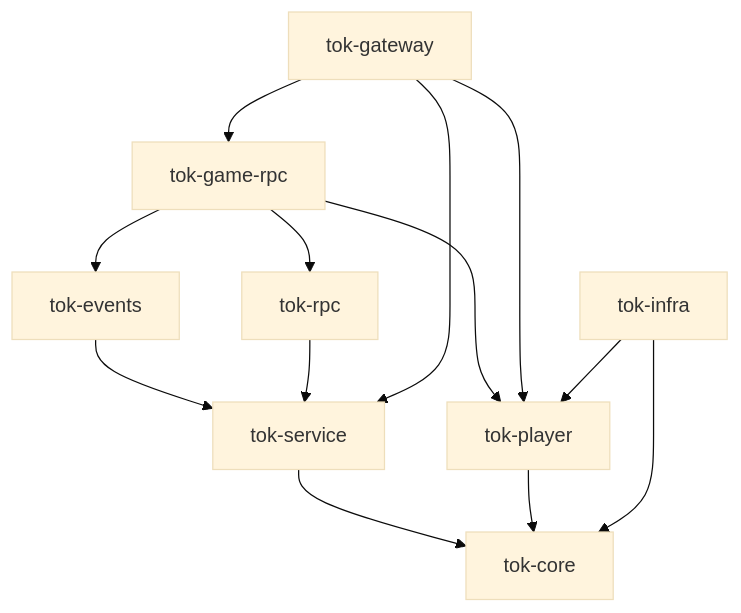
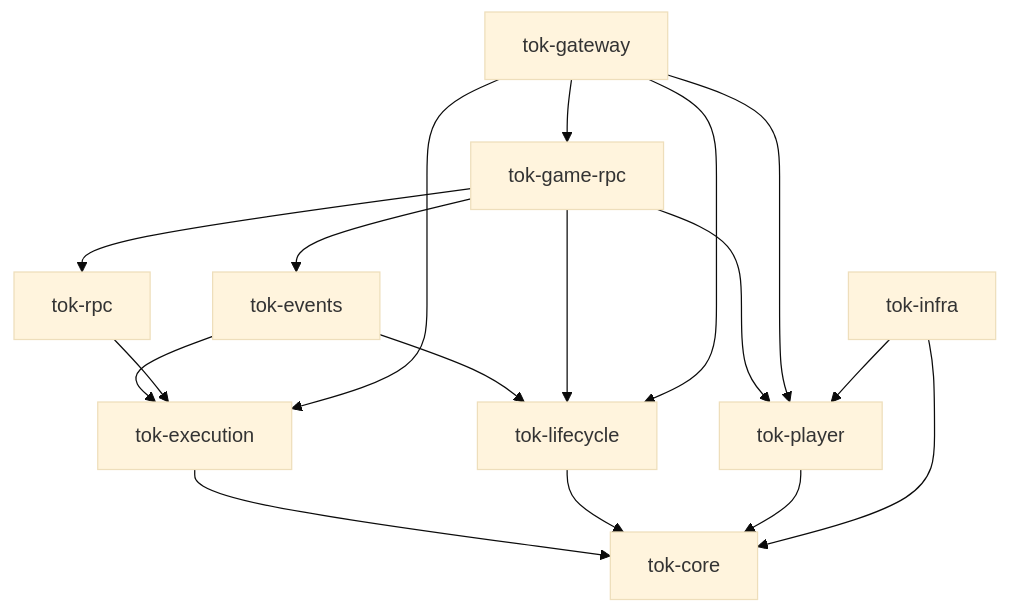
The diagram in docs/design.md (gmbytes/tok), drawn with Mermaid (base theme) before and after one commit. The commit also changed other lines of this file and 88 other files, not shown here.

````diff
--- a/docs/design.md
+++ b/docs/design.md
@@ -36,15 +37,19 @@
 ```mermaid
 flowchart TD
-    service[tok-service] --> core[tok-core]
+    execution[tok-execution] --> core[tok-core]
+    lifecycle[tok-lifecycle] --> core
     player[tok-player] --> core
-    events[tok-events] --> service
-    rpc[tok-rpc] --> service
+    events[tok-events] --> execution
+    events --> lifecycle
+    rpc[tok-rpc] --> execution
     game_rpc[tok-game-rpc] --> rpc
     game_rpc --> player
     game_rpc --> events
-    gateway[tok-gateway] --> service
+    game_rpc --> lifecycle
+    gateway[tok-gateway] --> execution
+    gateway --> lifecycle
     gateway --> player
     gateway --> game_rpc
     infra[tok-infra] --> core
     infra --> player
 ```
````
